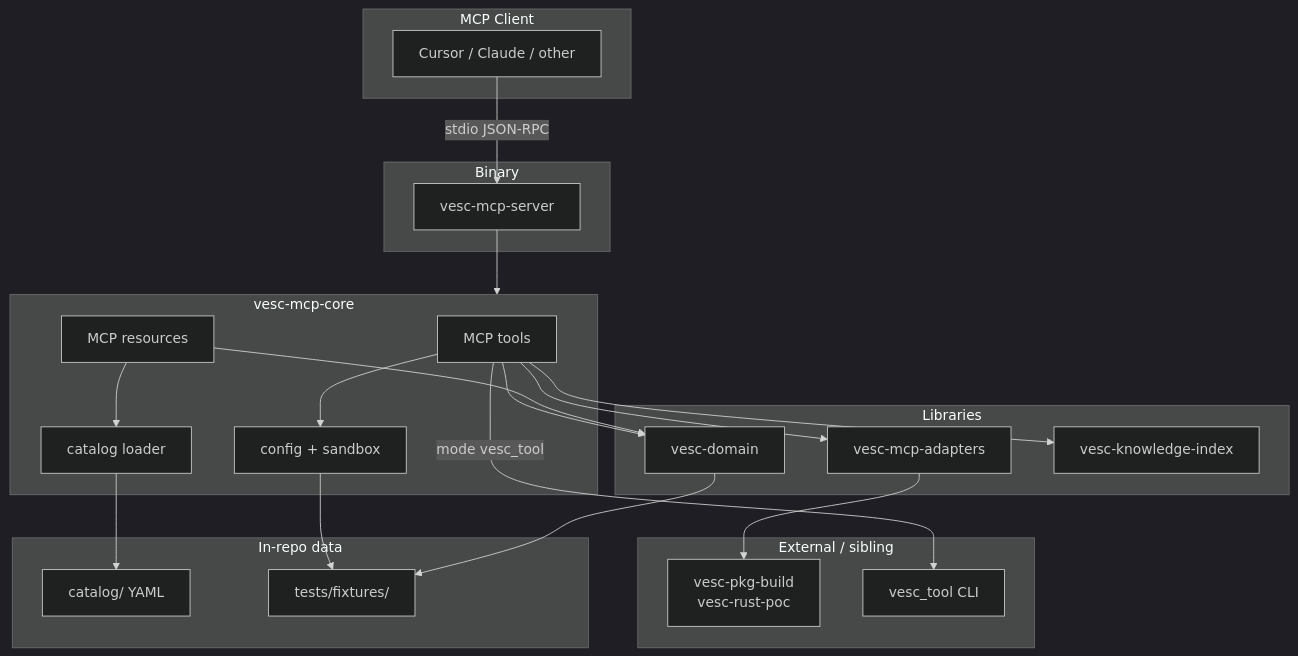
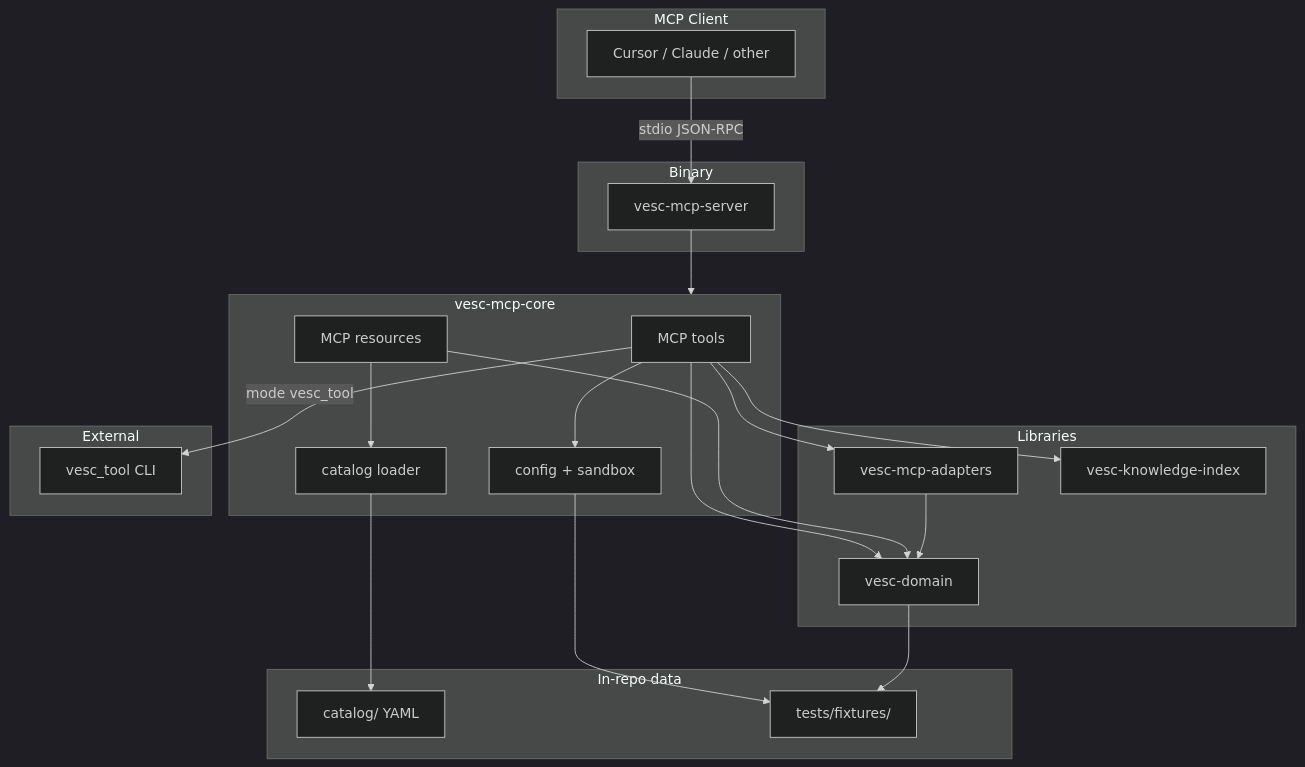
The first of 2 diagrams in docs/architecture.md (mjc/vesc-mcp), drawn with Mermaid (dark theme) before and after one commit. The commit also changed other lines of this file and 10 other files, not shown here.

First line of the commit message:
refactor(adapters): drop vesc-rust-poc path dep; use domain writer

````diff
--- a/docs/architecture.md
+++ b/docs/architecture.md
@@ -7,47 +7,46 @@
 ```mermaid
 flowchart TB
   subgraph client [MCP Client]
     IDE[Cursor / Claude / other]
   end
 
   subgraph server_bin [Binary]
     SRV[vesc-mcp-server]
   end
 
   subgraph core [vesc-mcp-core]
     TOOLS[MCP tools]
     RES[MCP resources]
     CFG[config + sandbox]
     CAT[catalog loader]
   end
 
   subgraph libs [Libraries]
     DOM[vesc-domain]
     ADP[vesc-mcp-adapters]
     IDX[vesc-knowledge-index]
   end
 
-  subgraph external [External / sibling]
-    POC[vesc-pkg-build<br/>vesc-rust-poc]
+  subgraph external [External]
     VTOOL[vesc_tool CLI]
   end
 
   subgraph data [In-repo data]
     CATALOG[catalog/ YAML]
     FIX[tests/fixtures/]
   end
 
   IDE -->|stdio JSON-RPC| SRV
   SRV --> core
   TOOLS --> DOM
   TOOLS --> ADP
   TOOLS --> IDX
   TOOLS --> CFG
   RES --> CAT
   RES --> DOM
   CAT --> CATALOG
-  ADP --> POC
+  ADP --> DOM
   TOOLS -->|mode vesc_tool| VTOOL
   CFG --> FIX
   DOM --> FIX
 ```
````
